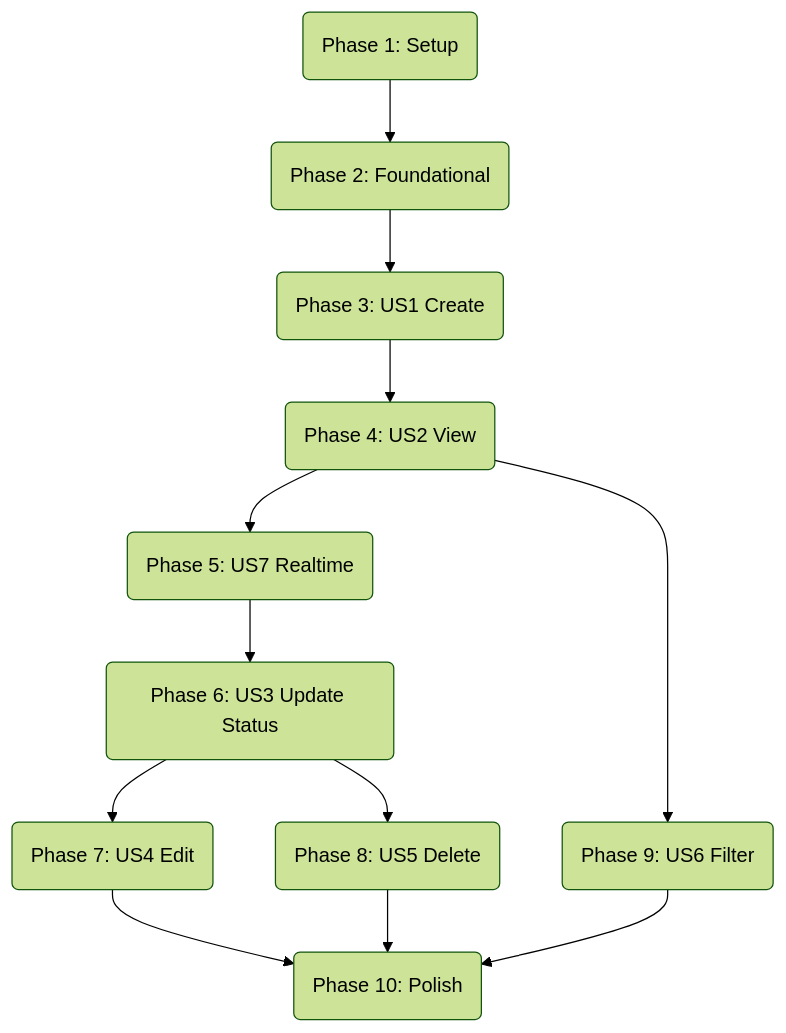
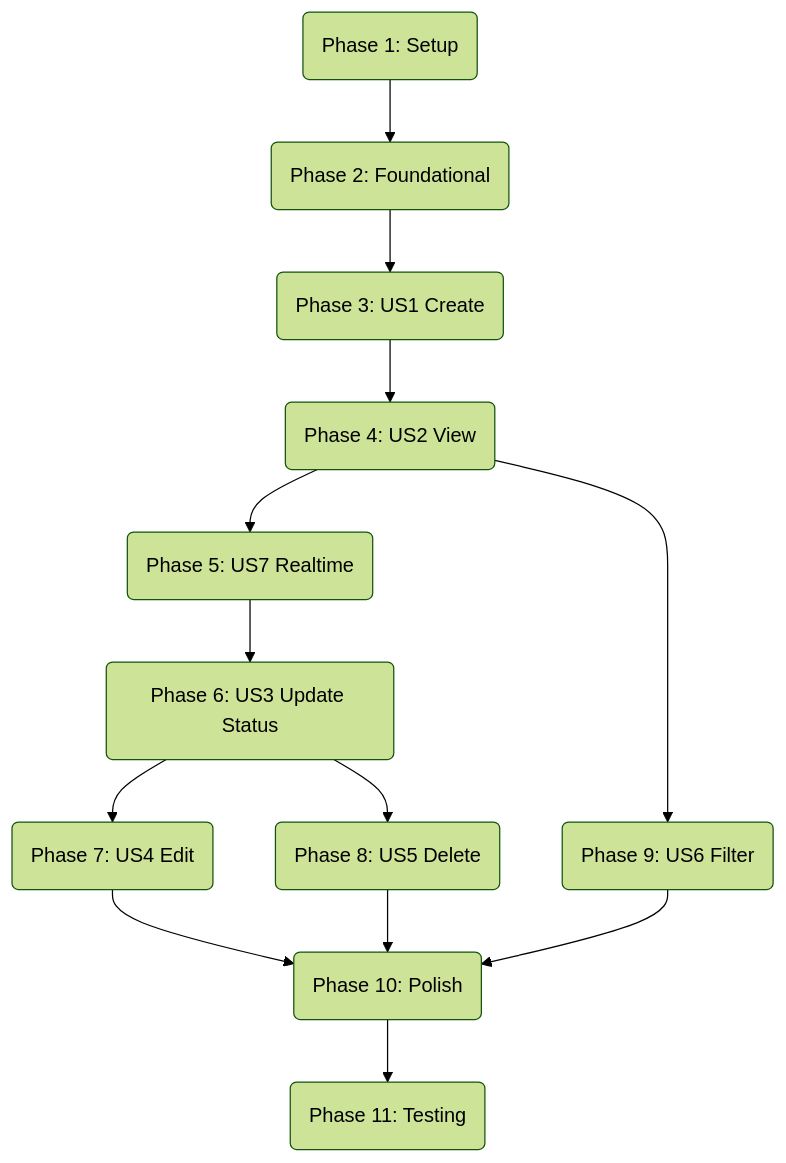
The diagram in specs/001-productive-todo-app/tasks.md (ShinspireKennyZheng/ToDoList), drawn with Mermaid (forest theme) before and after one commit. The commit also changed other lines of this file and 1 other file, not shown here.

````diff
--- a/specs/001-productive-todo-app/tasks.md
+++ b/specs/001-productive-todo-app/tasks.md
@@ -93,14 +101,15 @@
 ```mermaid
 graph TD
     Setup(Phase 1: Setup) --> Foundational(Phase 2: Foundational)
     Foundational --> US1(Phase 3: US1 Create)
     US1 --> US2(Phase 4: US2 View)
     US2 --> US7(Phase 5: US7 Realtime)
     US7 --> US3(Phase 6: US3 Update Status)
     US3 --> US4(Phase 7: US4 Edit)
     US3 --> US5(Phase 8: US5 Delete)
     US2 --> US6(Phase 9: US6 Filter)
     US4 --> Polish(Phase 10: Polish)
     US5 --> Polish
     US6 --> Polish
+    Polish --> Testing(Phase 11: Testing)
 ```
````
